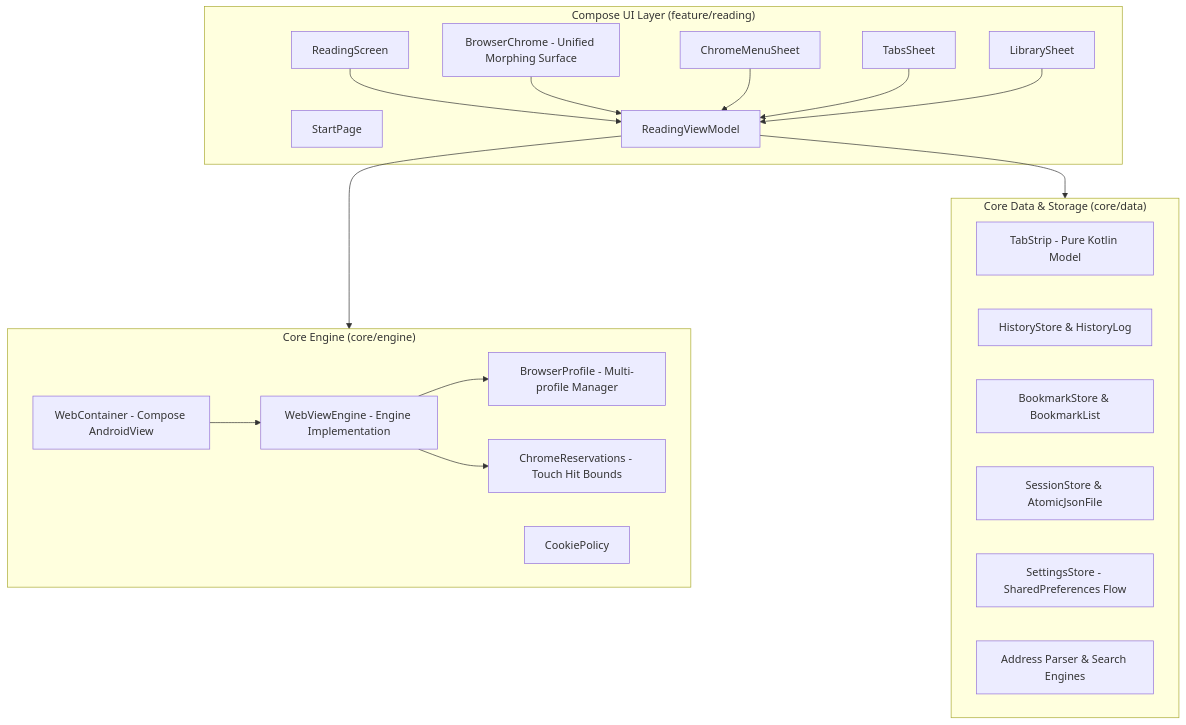
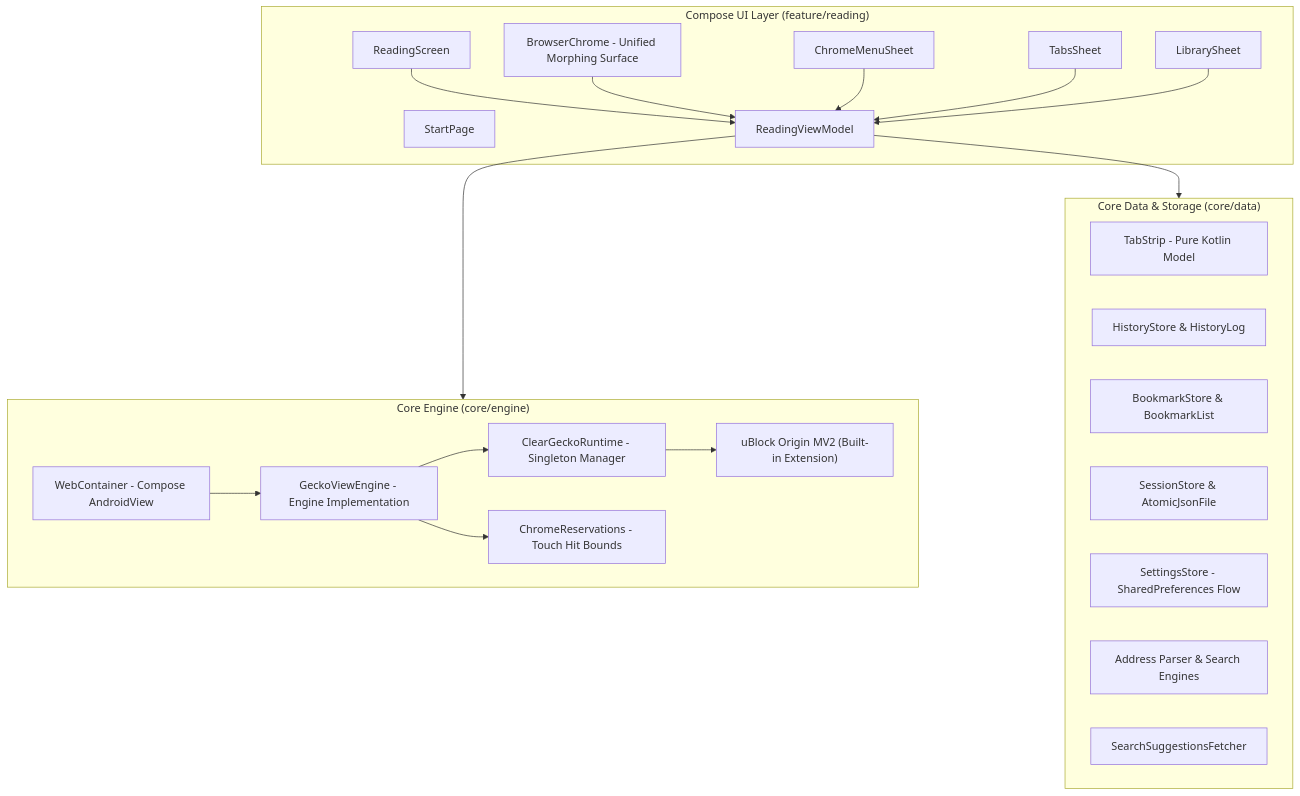
One commit to vylt-gh/clear-browser changed the diagram in README.md. Above: the diagram before and after it, drawn with Mermaid. The commit also changed other lines of this file and 664 other files, not shown here.

Commit message:
feat: migrate to Mozilla GeckoView with built-in uBlock Origin MV2

````diff
--- a/README.md
+++ b/README.md
@@ -92,40 +100,42 @@
 ```mermaid
 flowchart TD
     subgraph UI ["Compose UI Layer (feature/reading)"]
         RS[ReadingScreen]
         BC[BrowserChrome - Unified Morphing Surface]
         CMS[ChromeMenuSheet]
         TS[TabsSheet]
         LS[LibrarySheet]
         SP[StartPage]
         RVM[ReadingViewModel]
     end
 
     subgraph CoreEngine ["Core Engine (core/engine)"]
         WC[WebContainer - Compose AndroidView]
-        WVE[WebViewEngine - Engine Implementation]
-        BP[BrowserProfile - Multi-profile Manager]
+        GVE[GeckoViewEngine - Engine Implementation]
+        CGR[ClearGeckoRuntime - Singleton Manager]
+        uBO["uBlock Origin MV2 (Built-in Extension)"]
         CR[ChromeReservations - Touch Hit Bounds]
-        CP[CookiePolicy]
     end
 
     subgraph CoreData ["Core Data & Storage (core/data)"]
         TabStrip[TabStrip - Pure Kotlin Model]
         HistStore[HistoryStore & HistoryLog]
         BookStore[BookmarkStore & BookmarkList]
         SessStore[SessionStore & AtomicJsonFile]
         SettStore[SettingsStore - SharedPreferences Flow]
         Addr[Address Parser & Search Engines]
+        Sugg[SearchSuggestionsFetcher]
     end
 
     RS --> RVM
     BC --> RVM
     CMS --> RVM
     TS --> RVM
     LS --> RVM
     RVM --> CoreEngine
     RVM --> CoreData
-    WC --> WVE
-    WVE --> BP
-    WVE --> CR
+    WC --> GVE
+    GVE --> CGR
+    CGR --> uBO
+    GVE --> CR
 ```
````
